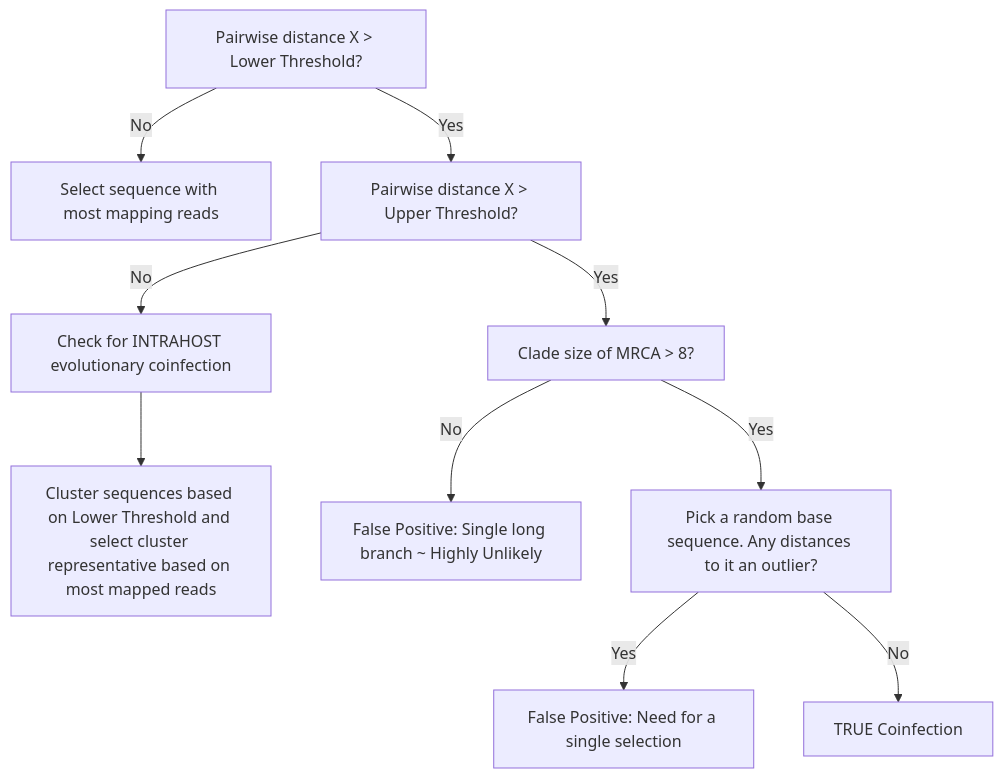
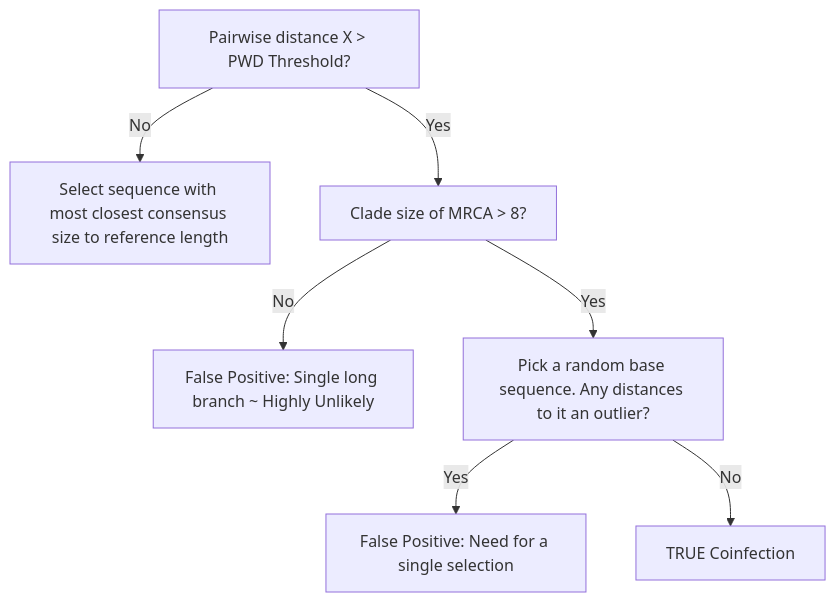
Before and after one commit to Joon-Klaps/lasvdedup: the diagram in README.md, drawn with Mermaid. The commit also changed other lines of this file and 3 other files, not shown here.

````diff
--- a/README.md
+++ b/README.md
@@ -13,15 +13,11 @@
 ```mermaid
 graph TD;
-    A[Pairwise distance X > Lower Threshold?] -->|No| B[Select sequence with most mapping reads]
-    A -->|Yes| C[Pairwise distance X > Upper Threshold?]
-
-    C -->|No| D[Check for INTRAHOST evolutionary coinfection]
-    D --> J[Cluster sequences based on Lower Threshold and select cluster representative based on most mapped reads]
-    C -->|Yes| E[Clade size of MRCA > 8?]
+    A[Pairwise distance X > PWD Threshold?] -->|No| B[Select sequence with most closest consensus size to reference length]
+    A -->|Yes| E[Clade size of MRCA > 8?]
 
     E -->|No| F[False Positive: Single long branch ~ Highly Unlikely]
     E -->|Yes| G[Pick a random base sequence. Any distances to it an outlier?]
 
     G -->|Yes| H[False Positive: Need for a single selection]
     G -->|No| I[TRUE Coinfection]
 ```
````
